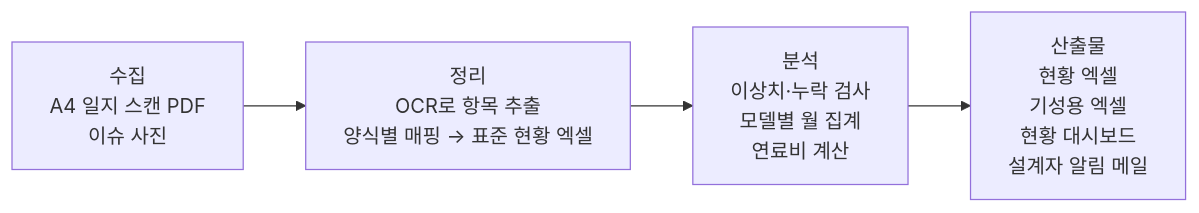
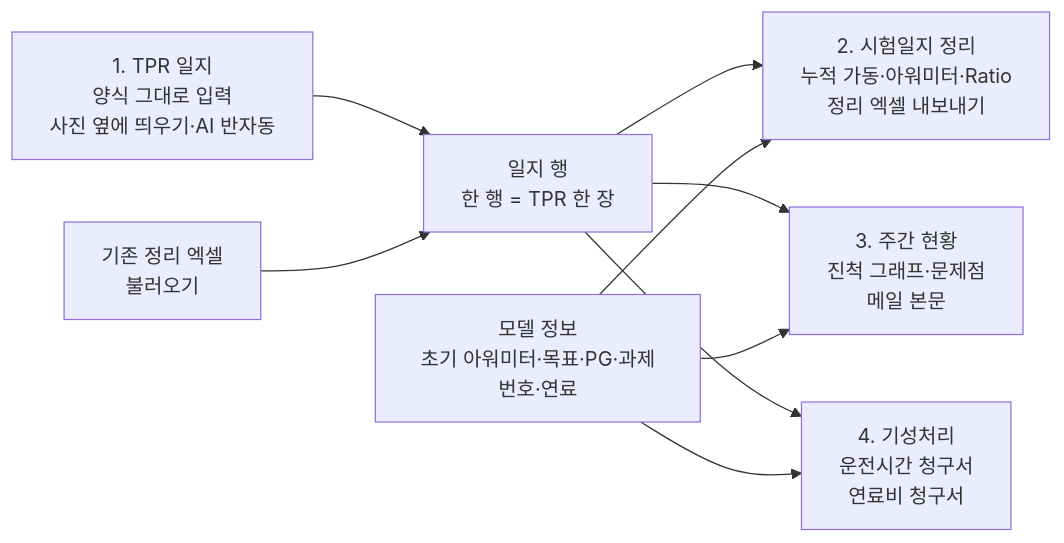
The diagram in docs/01_프로젝트_기획서.md (aebonlee/data09-03), drawn with Mermaid before and after one commit. The commit also changed other lines of this file and 19 other files, not shown here.

First line of the commit message:
실제 양식 4종 반영 — TPR 일지 입력·시험일지 정리·주간 현황 메일·운전시간/연료비 기성 청구서 (2026-09-29 수강생 추가 요청)

````diff
--- a/docs/01_프로젝트_기획서.md
+++ b/docs/01_프로젝트_기획서.md
@@ -60,6 +94,11 @@
 ```mermaid
 flowchart LR
-  A[수집<br/>A4 일지 스캔 PDF<br/>이슈 사진] --> B[정리<br/>OCR로 항목 추출<br/>양식별 매핑 → 표준 현황 엑셀]
-  B --> C[분석<br/>이상치·누락 검사<br/>모델별 월 집계<br/>연료비 계산]
-  C --> D[산출물<br/>현황 엑셀<br/>기성용 엑셀<br/>현황 대시보드<br/>설계자 알림 메일]
+  A[1. TPR 일지<br/>양식 그대로 입력<br/>사진 옆에 띄우기·AI 반자동] --> B[일지 행<br/>한 행 = TPR 한 장]
+  X[기존 정리 엑셀<br/>불러오기] --> B
+  B --> C[2. 시험일지 정리<br/>누적 가동·아워미터·Ratio<br/>정리 엑셀 내보내기]
+  B --> D[3. 주간 현황<br/>진척 그래프·문제점<br/>메일 본문]
+  B --> E[4. 기성처리<br/>운전시간 청구서<br/>연료비 청구서]
+  M[모델 정보<br/>초기 아워미터·목표·PG·과제번호·연료] --> C
+  M --> D
+  M --> E
 ```
````
